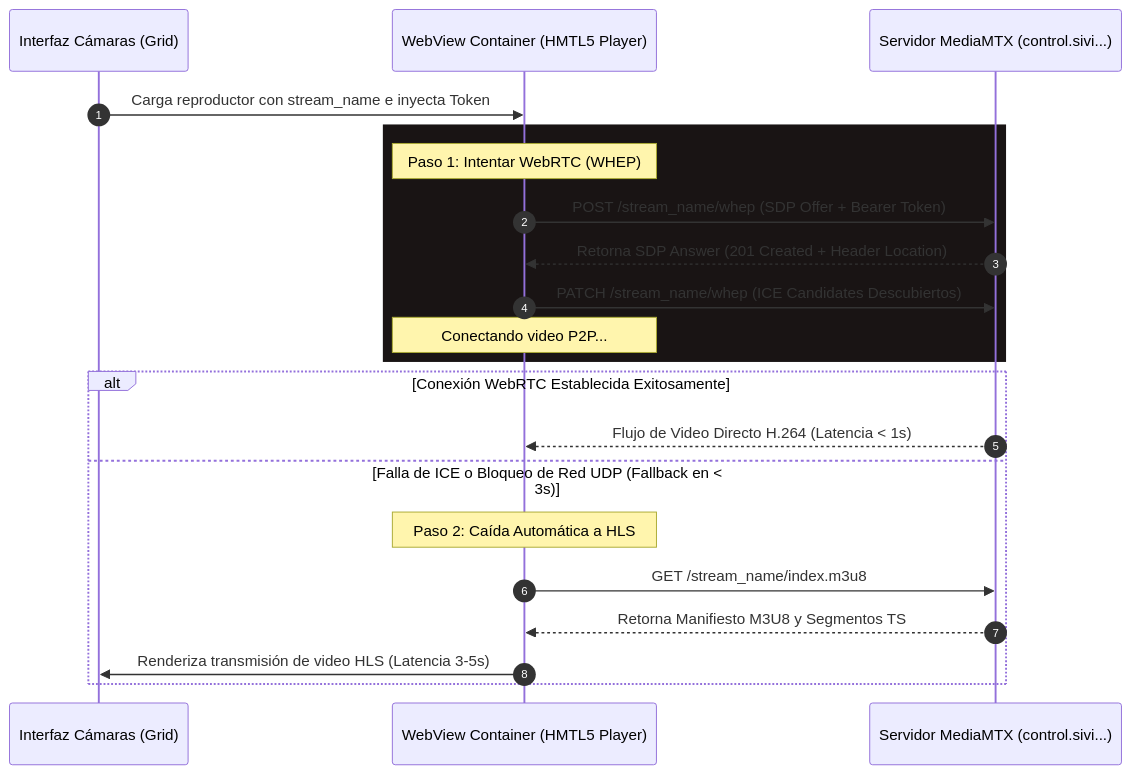
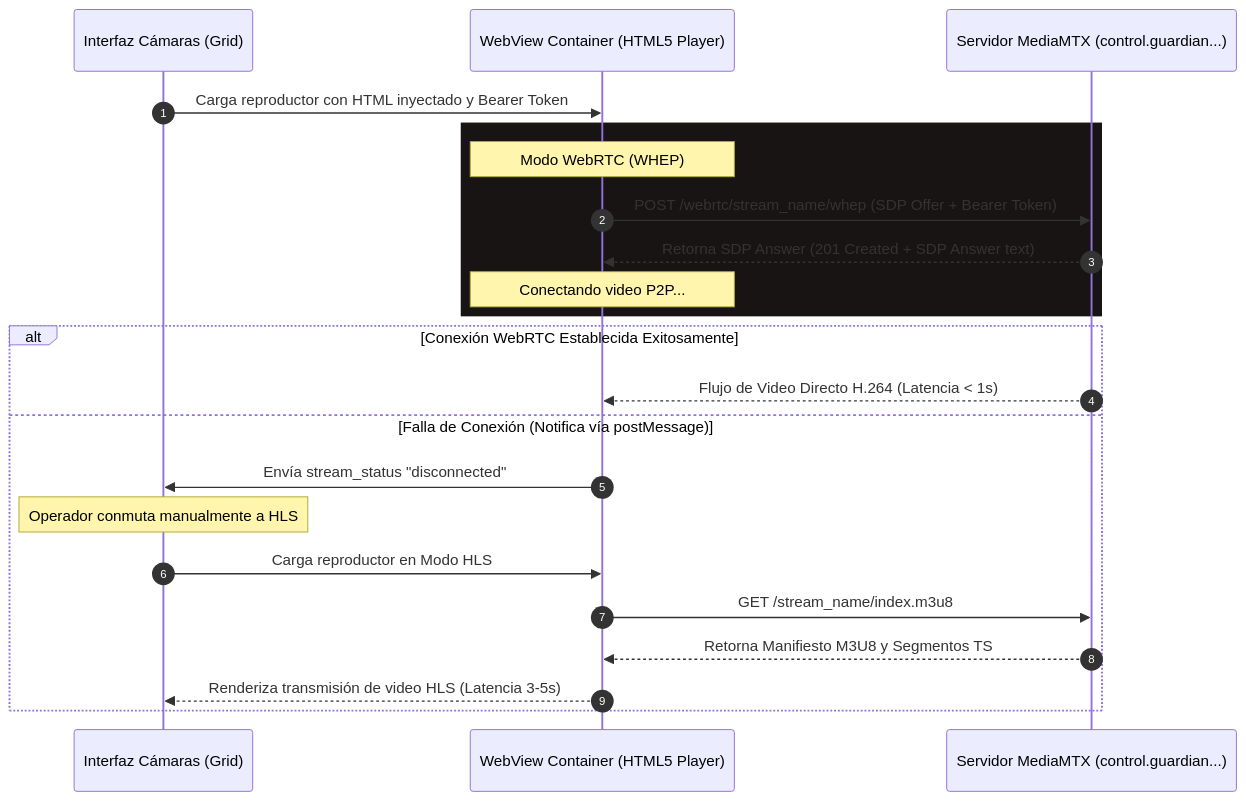
Before and after one commit to soportesivi-cpu/App_sivi: the second of 4 diagrams in docs/infraestructura/03_flujos_y_secuencias.md, drawn with Mermaid. The commit also changed other lines of this file and 13 other files, not shown here.

````diff
--- a/docs/infraestructura/03_flujos_y_secuencias.md
+++ b/docs/infraestructura/03_flujos_y_secuencias.md
@@ -38,26 +38,27 @@
 ```mermaid
 sequenceDiagram
     autonumber
     participant UI as Interfaz Cámaras (Grid)
-    participant WV as WebView Container (HMTL5 Player)
-    participant Media as Servidor MediaMTX (control.sivi...)
+    participant WV as WebView Container (HTML5 Player)
+    participant Media as Servidor MediaMTX (control.guardian...)
 
-    UI->>WV: Carga reproductor con stream_name e inyecta Token
+    UI->>WV: Carga reproductor con HTML inyectado y Bearer Token
     
     rect rgb(25, 20, 20)
-        Note over WV: Paso 1: Intentar WebRTC (WHEP)
-        WV->>Media: POST /stream_name/whep (SDP Offer + Bearer Token)
-        Media-->>WV: Retorna SDP Answer (201 Created + Header Location)
-        WV->>Media: PATCH /stream_name/whep (ICE Candidates Descubiertos)
+        Note over WV: Modo WebRTC (WHEP)
+        WV->>Media: POST /webrtc/stream_name/whep (SDP Offer + Bearer Token)
+        Media-->>WV: Retorna SDP Answer (201 Created + SDP Answer text)
         Note over WV: Conectando video P2P...
     end
 
     alt Conexión WebRTC Establecida Exitosamente
         Media-->>WV: Flujo de Video Directo H.264 (Latencia < 1s)
-    else Falla de ICE o Bloqueo de Red UDP (Fallback en < 3s)
-        Note over WV: Paso 2: Caída Automática a HLS
+    else Falla de Conexión (Notifica vía postMessage)
+        WV->>UI: Envía stream_status "disconnected"
+        Note over UI: Operador conmuta manualmente a HLS
+        UI->>WV: Carga reproductor en Modo HLS
         WV->>Media: GET /stream_name/index.m3u8
         Media-->>WV: Retorna Manifiesto M3U8 y Segmentos TS
-        WV->>UI: Renderiza transmisión de video HLS (Latencia 3-5s)
+        WV-->>UI: Renderiza transmisión de video HLS (Latencia 3-5s)
     end
 ```
````
